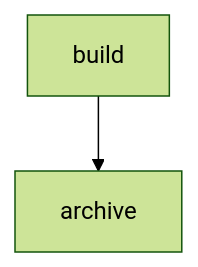
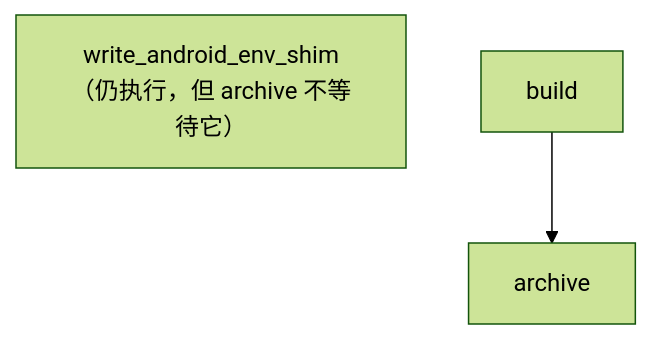
Before and after one commit to ririv/rivetoo-graph: the second of 4 diagrams in docs/conditional_edges.md, drawn with Mermaid (forest theme). The commit also changed other lines of this file and 11 other files, not shown here.

Commit message:
docs(graph): 校正执行语义与架构文档

````diff
--- a/docs/conditional_edges.md
+++ b/docs/conditional_edges.md
@@ -272,7 +267,8 @@
 ```mermaid
 graph TD
+  S["write_android_env_shim（仍执行，但 archive 不等待它）"]
   B["build"]
   A["archive"]
 
   B --> A
 ```
````
